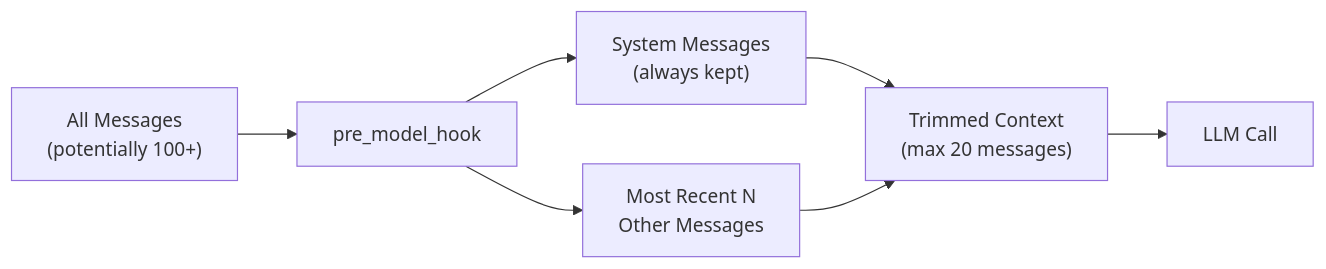
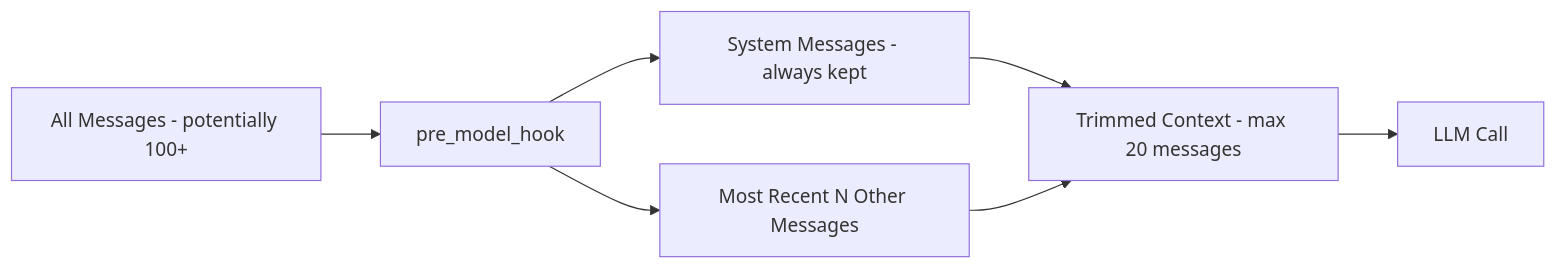
Before and after one commit to omkar-ukirde/RedStrike.AI: the fifth of 16 diagrams in docs/architecture.md, drawn with Mermaid. The commit also changed other lines of this file, not shown here.

Commit message:
refactor: simplify and clean up Mermaid diagrams in architecture documentation

````diff
--- a/docs/architecture.md
+++ b/docs/architecture.md
@@ -337,9 +337,9 @@
 ```mermaid
 graph LR
-    A["All Messages<br/>(potentially 100+)"] --> B["pre_model_hook"]
-    B --> C["System Messages<br/>(always kept)"]
-    B --> D["Most Recent N<br/>Other Messages"]
-    C --> E["Trimmed Context<br/>(max 20 messages)"]
+    A["All Messages - potentially 100+"] --> B["pre_model_hook"]
+    B --> C["System Messages - always kept"]
+    B --> D["Most Recent N Other Messages"]
+    C --> E["Trimmed Context - max 20 messages"]
     D --> E
     E --> F["LLM Call"]
 ```
````
